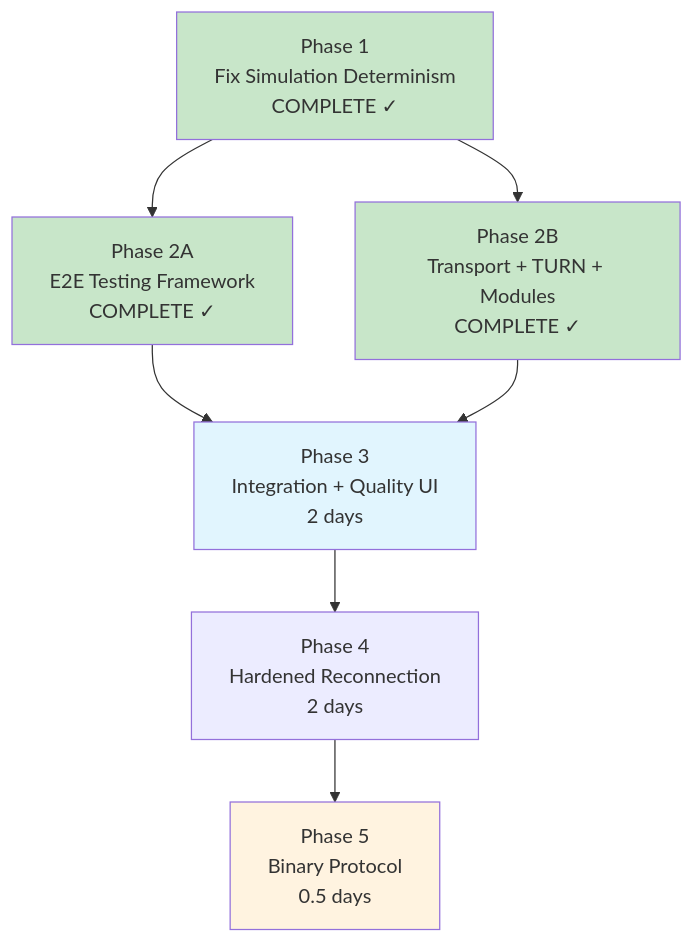
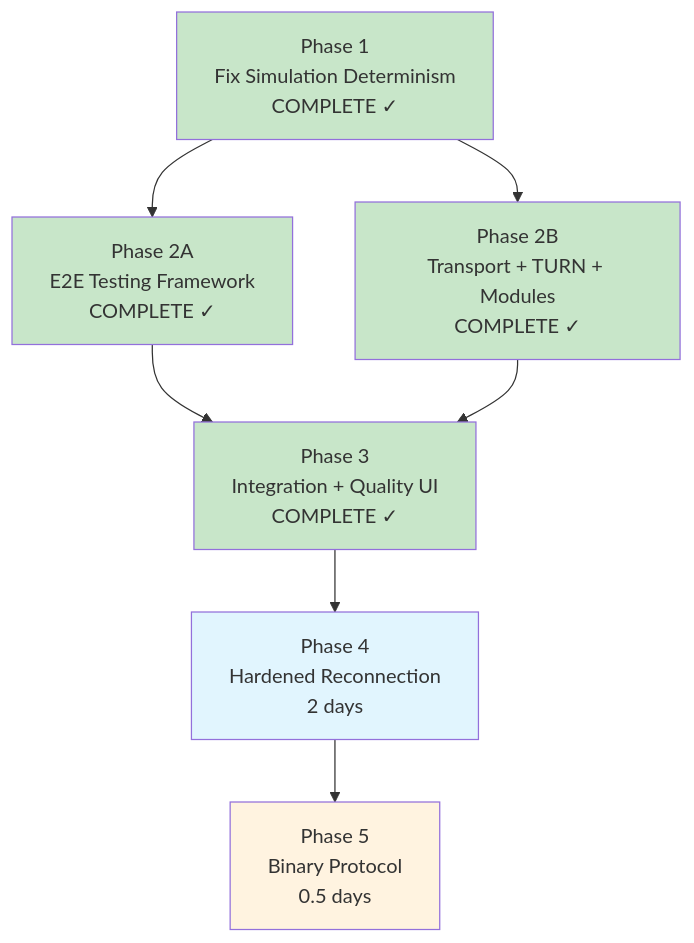
One commit to simon0191/a-los-traques changed the fourth of 4 diagrams in docs/rfcs/0001-networking-redesign.md. Above: the diagram before and after it, drawn with Mermaid. The commit also changed other lines of this file and 7 other files, not shown here.

````diff
--- a/docs/rfcs/0001-networking-redesign.md
+++ b/docs/rfcs/0001-networking-redesign.md
@@ -642,22 +642,23 @@
 ```mermaid
 flowchart TB
     P1[Phase 1<br/>Fix Simulation Determinism<br/>COMPLETE ✓]
     P2A[Phase 2A<br/>E2E Testing Framework<br/>COMPLETE ✓]
     P2B[Phase 2B<br/>Transport + TURN + Modules<br/>COMPLETE ✓]
-    P3[Phase 3<br/>Integration + Quality UI<br/>2 days]
+    P3[Phase 3<br/>Integration + Quality UI<br/>COMPLETE ✓]
     P4[Phase 4<br/>Hardened Reconnection<br/>2 days]
     P5[Phase 5<br/>Binary Protocol<br/>0.5 days]
 
     P1 --> P2A
     P1 --> P2B
     P2A --> P3
     P2B --> P3
     P3 --> P4
     P4 --> P5
 
     style P1 fill:#c8e6c9
     style P2A fill:#c8e6c9
     style P2B fill:#c8e6c9
-    style P3 fill:#e1f5fe
+    style P3 fill:#c8e6c9
+    style P4 fill:#e1f5fe
     style P5 fill:#fff3e0
 ```
````
